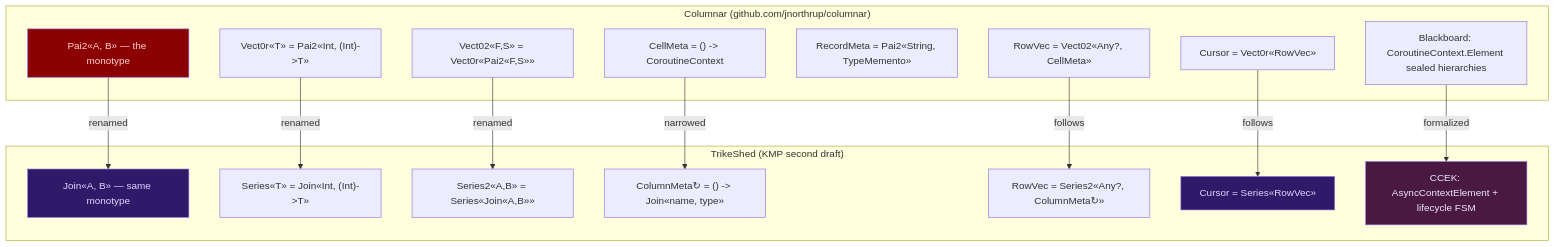
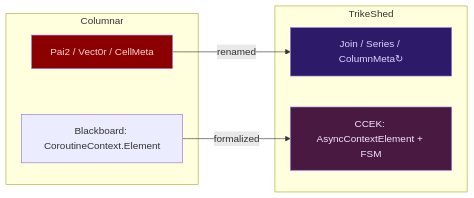
One commit to jnorthrup/TrikeShed changed the sixth of 7 diagrams in docs/references/curiously-recursive-metaseries-shapes.md. Above: the diagram before and after it, drawn with Mermaid. The commit also changed other lines of this file, not shown here.

First line of the commit message:
docs: condense Cursor Assembly section — background not migration guide

````diff
--- a/docs/references/curiously-recursive-metaseries-shapes.md
+++ b/docs/references/curiously-recursive-metaseries-shapes.md
@@ -657,36 +611,16 @@
 ```mermaid
-graph TD
-    subgraph "Columnar (github.com/jnorthrup/columnar)"
-        P2["Pai2«A, B» — the monotype"]
-        V0["Vect0r«T» = Pai2«Int, (Int)->T»"]
-        V02["Vect02«F,S» = Vect0r«Pai2«F,S»»"]
-        CM_old["CellMeta = () -> CoroutineContext"]
-        RM["RecordMeta = Pai2«String, TypeMemento»"]
-        RV_old["RowVec = Vect02«Any?, CellMeta»"]
-        CUR_old["Cursor = Vect0r«RowVec»"]
-        BB["Blackboard: CoroutineContext.Element sealed hierarchies"]
+graph LR
+    subgraph "Columnar"
+        P2["Pai2 / Vect0r / CellMeta"]
+        BB["Blackboard: CoroutineContext.Element"]
     end
-
-    subgraph "TrikeShed (KMP second draft)"
-        J["Join«A, B» — same monotype"]
-        S["Series«T» = Join«Int, (Int)->T»"]
-        S2["Series2«A,B» = Series«Join«A,B»»"]
-        CM_new["ColumnMeta↻ = () -> Join«name, type»"]
-        RV_new["RowVec = Series2«Any?, ColumnMeta↻»"]
-        CUR_new["Cursor = Series«RowVec»"]
-        CCEK_new["CCEK: AsyncContextElement + lifecycle FSM"]
+    subgraph "TrikeShed"
+        JS["Join / Series / ColumnMeta↻"]
+        CCEK["CCEK: AsyncContextElement + FSM"]
     end
-
-    P2 -->|"renamed"| J
-    V0 -->|"renamed"| S
-    V02 -->|"renamed"| S2
-    CM_old -->|"narrowed"| CM_new
-    RV_old -->|"follows"| RV_new
-    CUR_old -->|"follows"| CUR_new
-    BB -->|"formalized"| CCEK_new
-
+    P2 -->|"renamed"| JS
+    BB -->|"formalized"| CCEK
     style P2 fill:#8b0000,color:#ffd4d4
-    style J fill:#2d1b69,color:#e0d4ff
-    style CUR_new fill:#2d1b69,color:#e0d4ff
-    style CCEK_new fill:#4a1942,color:#f0e6ff
+    style JS fill:#2d1b69,color:#e0d4ff
+    style CCEK fill:#4a1942,color:#f0e6ff
 ```
````
